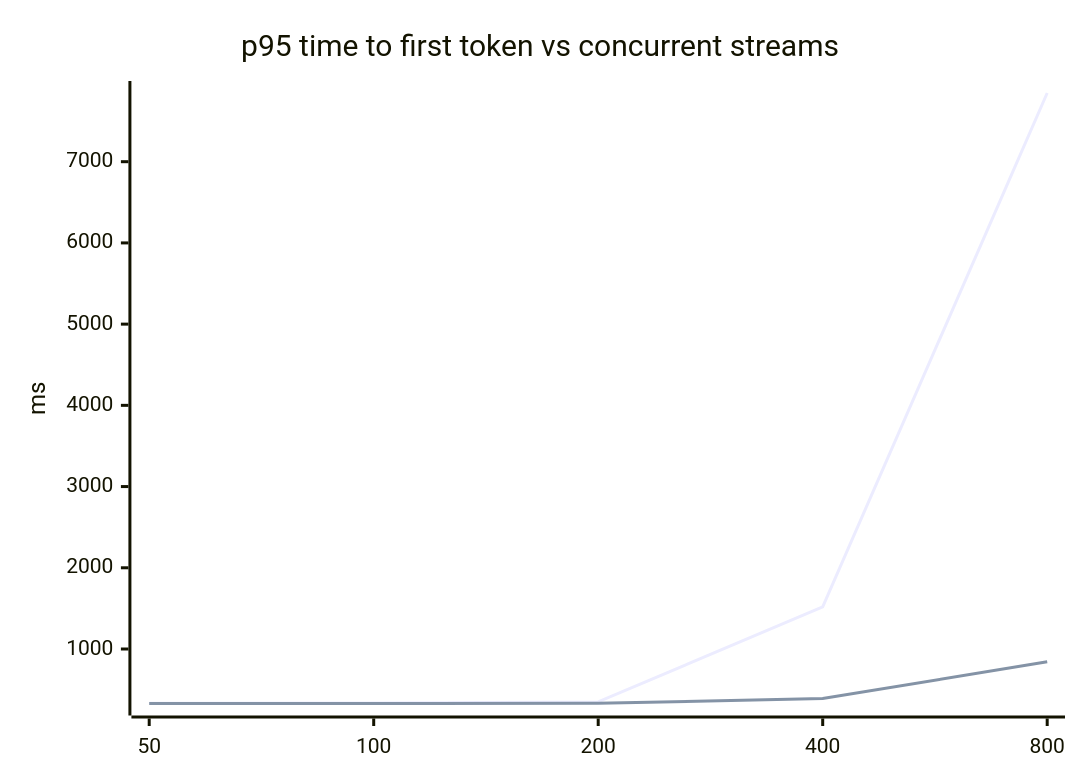
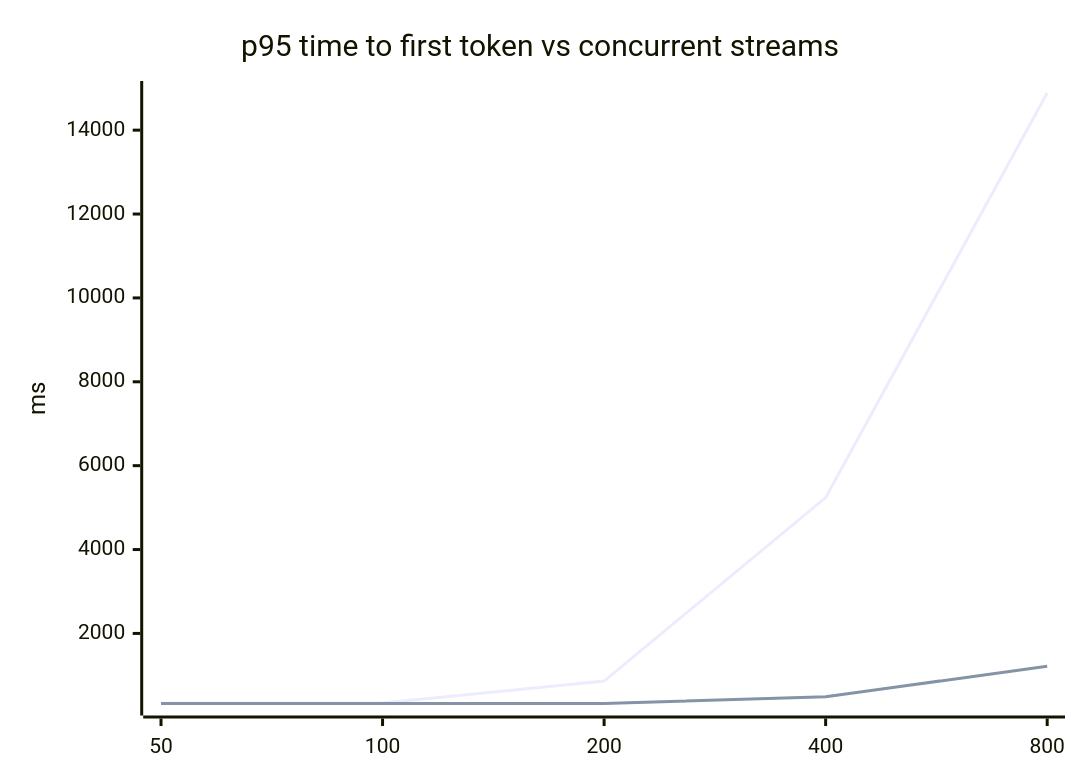
Before and after one commit to AndrewTtofi/llm-gateway: the first of 2 diagrams in docs/RESULTS.md, drawn with Mermaid. The commit also changed other lines of this file and 41 other files, not shown here.

````diff
--- a/docs/RESULTS.md
+++ b/docs/RESULTS.md
@@ -55,8 +57,8 @@
 ```mermaid
 xychart-beta
     title "p95 time to first token vs concurrent streams"
     x-axis [50, 100, 200, 400, 800]
     y-axis "ms"
-    line [331.9, 334.4, 349.0, 1518.4, 7845.8]
-    line [329.4, 329.0, 330.6, 389.6, 842.0]
+    line [334.1, 339.3, 864.6, 5237.6, 14885.9]
+    line [330.3, 329.3, 331.2, 490.6, 1216.9]
 ```
````
